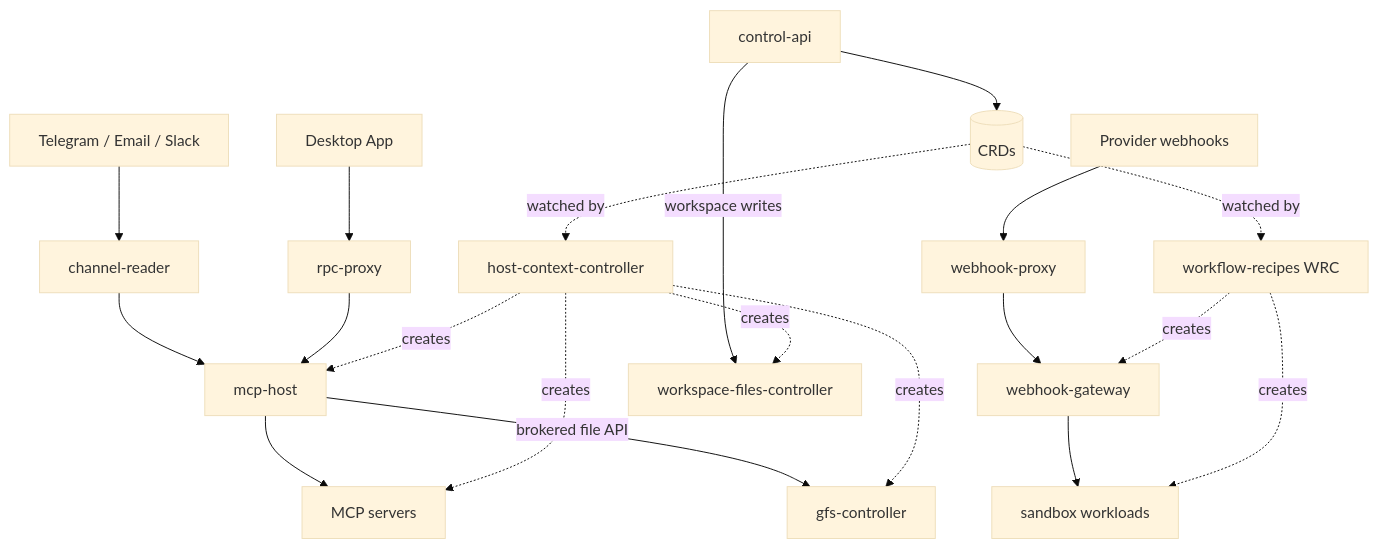
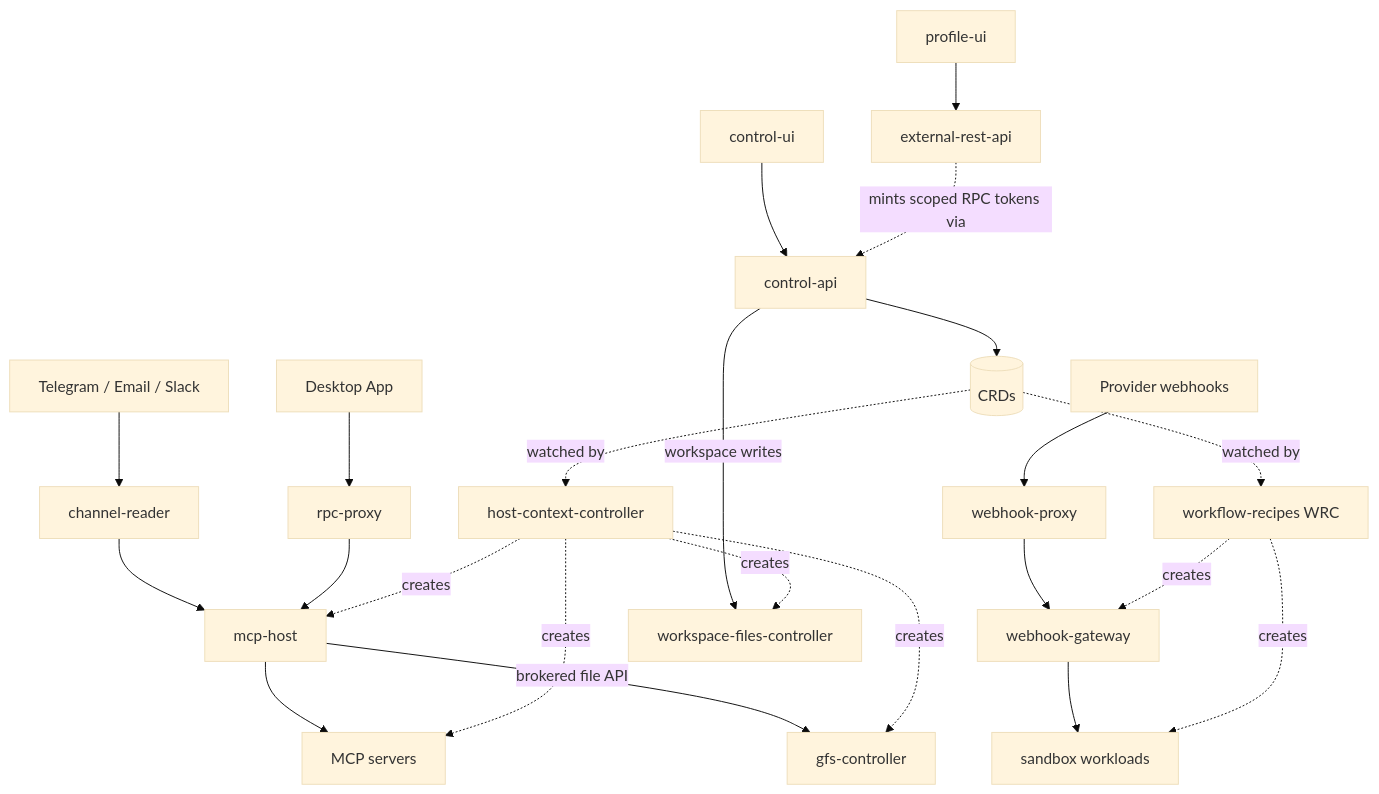
Before and after one commit to evenfire-ai/evenfire: the diagram in ARCHITECTURE.md, drawn with Mermaid (base theme). The commit also changed other lines of this file and 1 other file, not shown here.

Commit message:
docs: make the console and client first-class in the pitch and diagrams
control-ui appeared in no architecture diagram in the repo. Adds it to both
mermaids and gives the two human surfaces a pillar in the README.

````diff
--- a/ARCHITECTURE.md
+++ b/ARCHITECTURE.md
@@ -107,26 +110,29 @@
 ```mermaid
 flowchart TB
   user[Telegram / Email / Slack] --> cr[channel-reader]
   desktop[Desktop App] --> rpc[rpc-proxy]
+  cui[control-ui] --> capi
+  pui[profile-ui] --> era[external-rest-api]
   hook[Provider webhooks] --> wp[webhook-proxy] --> wg[webhook-gateway]
 
   cr --> mh[mcp-host]
   rpc --> mh
   wg --> sb[sandbox workloads]
 
   mh --> mcp[MCP servers]
   mh -->|brokered file API| gfsc[gfs-controller]
 
   capi[control-api] -->|workspace writes| wfc[workspace-files-controller]
   capi --> crd[(CRDs)]
+  era -.mints scoped RPC tokens via.-> capi
 
   hcc[host-context-controller] -.creates.-> mh
   hcc -.creates.-> mcp
   hcc -.creates.-> gfsc
   hcc -.creates.-> wfc
   wrc[workflow-recipes WRC] -.creates.-> sb
   wrc -.creates.-> wg
 
   crd -.watched by.-> hcc
   crd -.watched by.-> wrc
 ```
````
